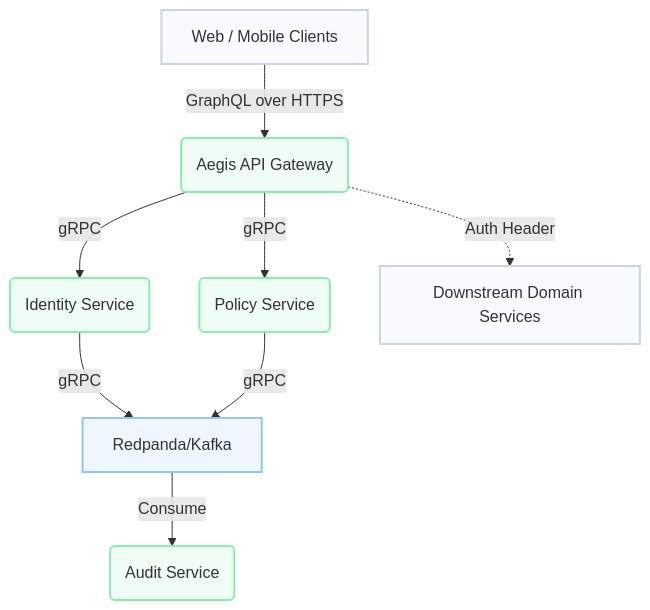
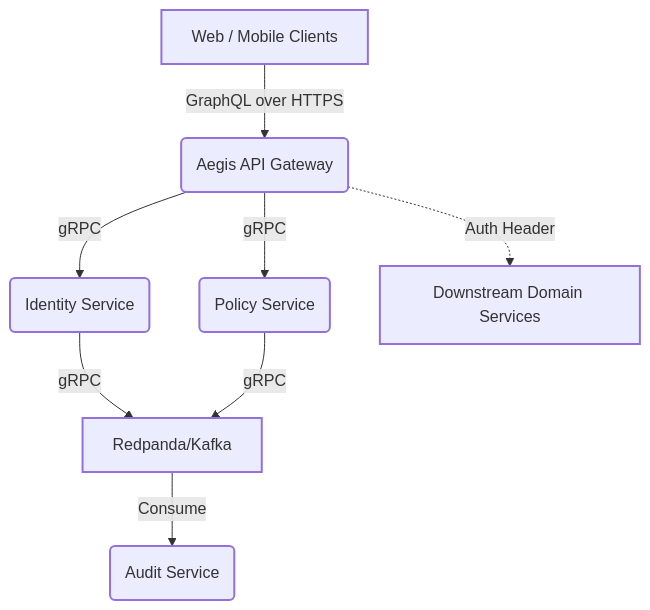
One commit to khoahotran/portfolio changed the first of 4 diagrams in content/system-design/2026-06-28-designing-a-multi-service-auth-platform.md. Above: the diagram before and after it, drawn with Mermaid. The commit also changed other lines of this file and 6 other files, not shown here.

````diff
--- a/content/system-design/2026-06-28-designing-a-multi-service-auth-platform.md
+++ b/content/system-design/2026-06-28-designing-a-multi-service-auth-platform.md
@@ -19,20 +19,20 @@
 ```mermaid
 graph TD
     Client[Web / Mobile Clients] -->|GraphQL over HTTPS| Gateway(Aegis API Gateway)
     Gateway -->|gRPC| Identity(Identity Service)
     Gateway -->|gRPC| Policy(Policy Service)
     
     Identity -->|gRPC| Kafka[Redpanda/Kafka]
     Policy -->|gRPC| Kafka
     Kafka -->|Consume| Audit(Audit Service)
     
     Gateway -.->|Auth Header| Downstream[Downstream Domain Services]
     
-    classDef external fill:#f8fafc,stroke:#cbd5e1,stroke-width:2px;
-    classDef core fill:#f0fdf4,stroke:#86efac,stroke-width:2px;
-    classDef storage fill:#eff6ff,stroke:#93c5fd,stroke-width:2px;
+    classDef external stroke-width:2px;
+    classDef core stroke-width:2px;
+    classDef storage stroke-width:2px;
     
     class Client,Downstream external;
     class Gateway,Identity,Policy,Audit core;
     class Kafka storage;
 ```
````
